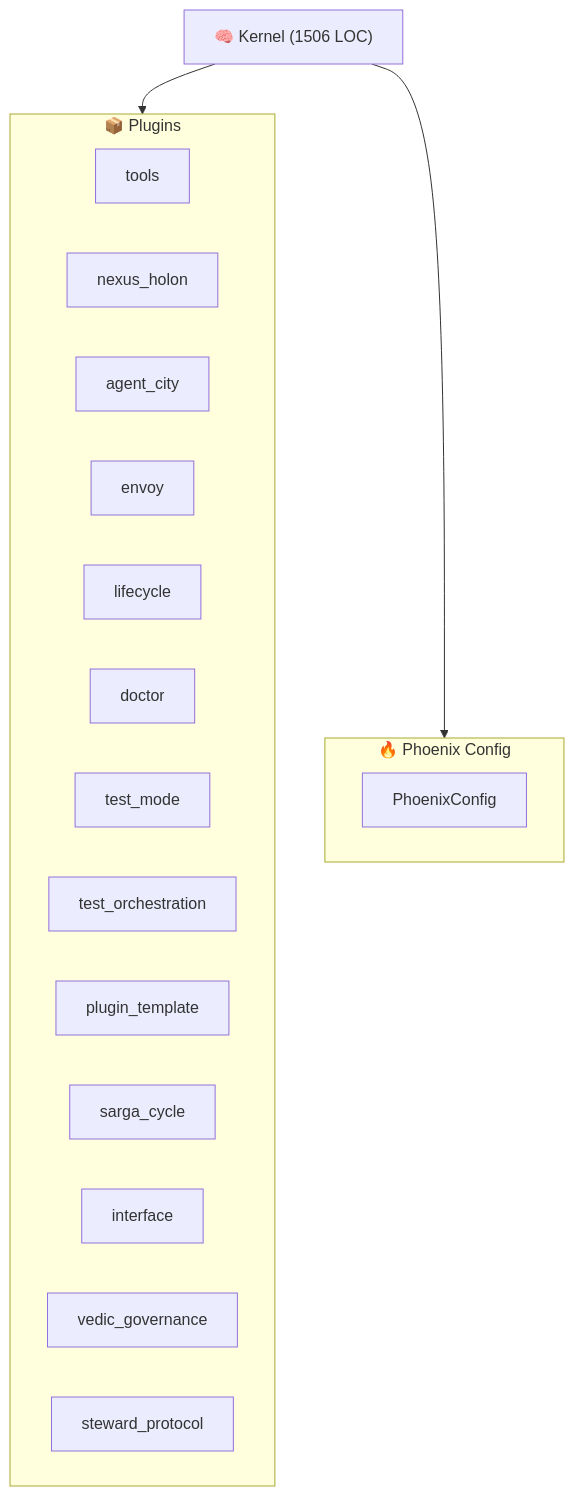
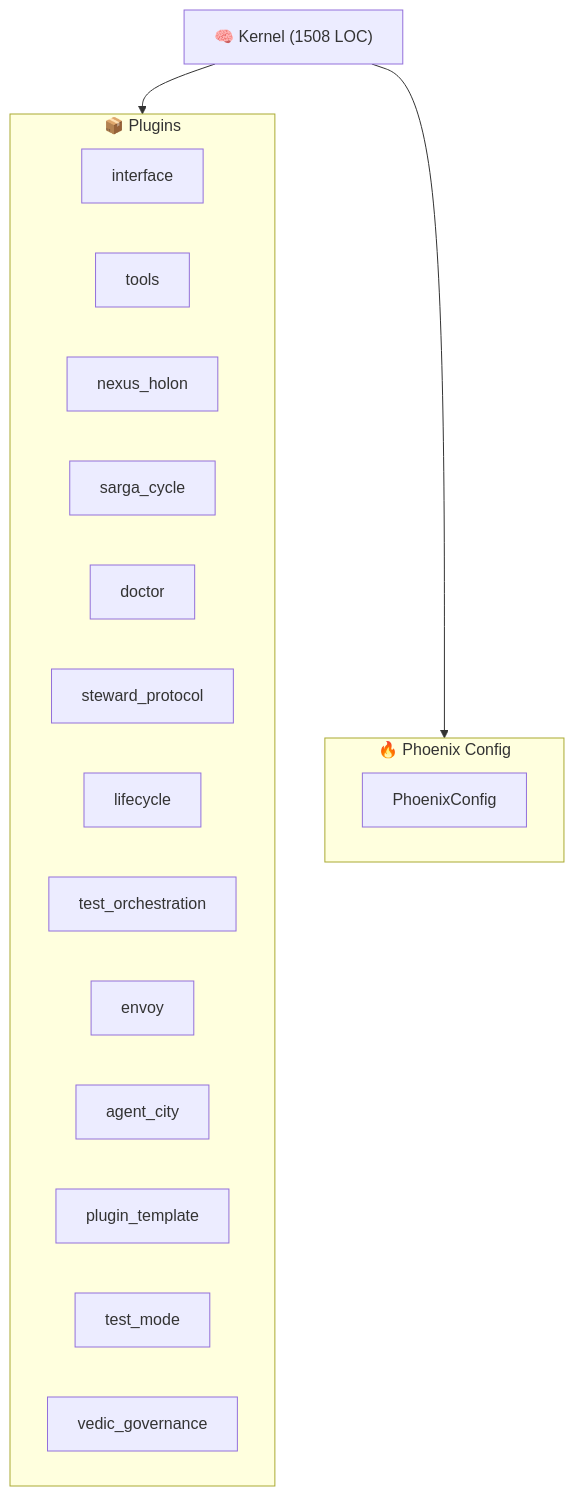
One commit to kimeisele/steward-protocol changed the diagram in ARCHITECTURE.md. Above: the diagram before and after it, drawn with Mermaid. The commit also changed other lines of this file and 15 other files, not shown here.

````diff
--- a/ARCHITECTURE.md
+++ b/ARCHITECTURE.md
@@ -8,24 +8,24 @@
 ```mermaid
 graph TB
-    K["🧠 Kernel (1506 LOC)"]
+    K["🧠 Kernel (1508 LOC)"]
     subgraph Plugins["📦 Plugins"]
+        P_interface["interface"]
         P_tools["tools"]
         P_nexus_holon["nexus_holon"]
+        P_sarga_cycle["sarga_cycle"]
+        P_doctor["doctor"]
+        P_steward_protocol["steward_protocol"]
+        P_lifecycle["lifecycle"]
+        P_test_orchestration["test_orchestration"]
+        P_envoy["envoy"]
         P_agent_city["agent_city"]
-        P_envoy["envoy"]
-        P_lifecycle["lifecycle"]
-        P_doctor["doctor"]
+        P_plugin_template["plugin_template"]
         P_test_mode["test_mode"]
-        P_test_orchestration["test_orchestration"]
-        P_plugin_template["plugin_template"]
-        P_sarga_cycle["sarga_cycle"]
-        P_interface["interface"]
         P_vedic_governance["vedic_governance"]
-        P_steward_protocol["steward_protocol"]
     end
     K --> Plugins
     subgraph Config["🔥 Phoenix Config"]
         PC[PhoenixConfig]
     end
     K --> Config
 ```
````
